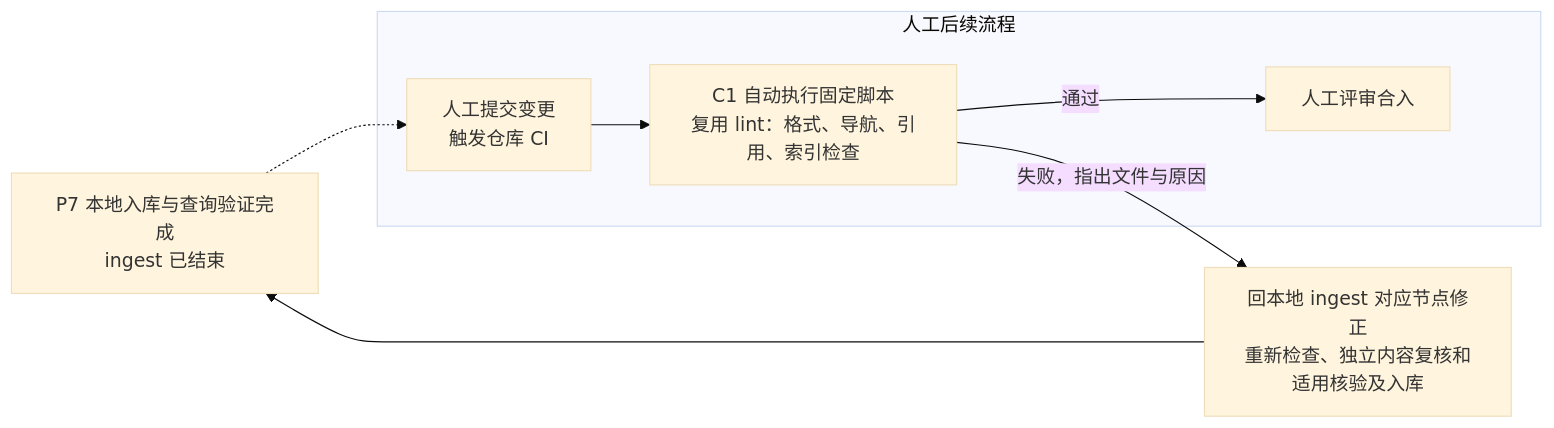
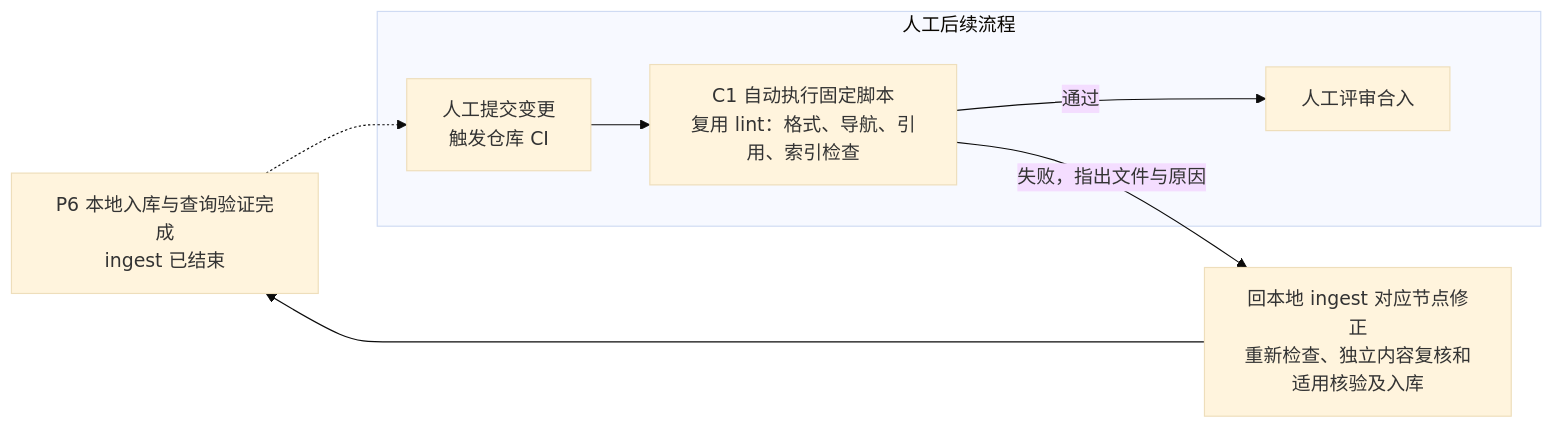
Before and after one commit to Robin-hhc/FactumCore: the eighth of 27 diagrams in himate/himate-knowledge-wifi-mp/docs-llm-wiki/知识库详细设计.md, drawn with Mermaid (base theme). The commit also changed other lines of this file and 190 other files, not shown here.

````diff
--- a/himate/himate-knowledge-wifi-mp/docs-llm-wiki/知识库详细设计.md
+++ b/himate/himate-knowledge-wifi-mp/docs-llm-wiki/知识库详细设计.md
@@ -343,11 +344,11 @@
 ```mermaid
 flowchart LR
-    P7["P7 本地入库与查询验证完成<br/>ingest 已结束"]
+    P6["P6 本地入库与查询验证完成<br/>ingest 已结束"]
     subgraph HUMAN["人工后续流程"]
         SUBMIT["人工提交变更<br/>触发仓库 CI"] --> C1["C1 自动执行固定脚本<br/>复用 lint：格式、导航、引用、索引检查"]
         C1 -->|"通过"| MERGE["人工评审合入"]
     end
-    P7 -.-> SUBMIT
+    P6 -.-> SUBMIT
     C1 -->|"失败，指出文件与原因"| FIX["回本地 ingest 对应节点修正<br/>重新检查、独立内容复核和适用核验及入库"]
-    FIX --> P7
+    FIX --> P6
 ```
````
